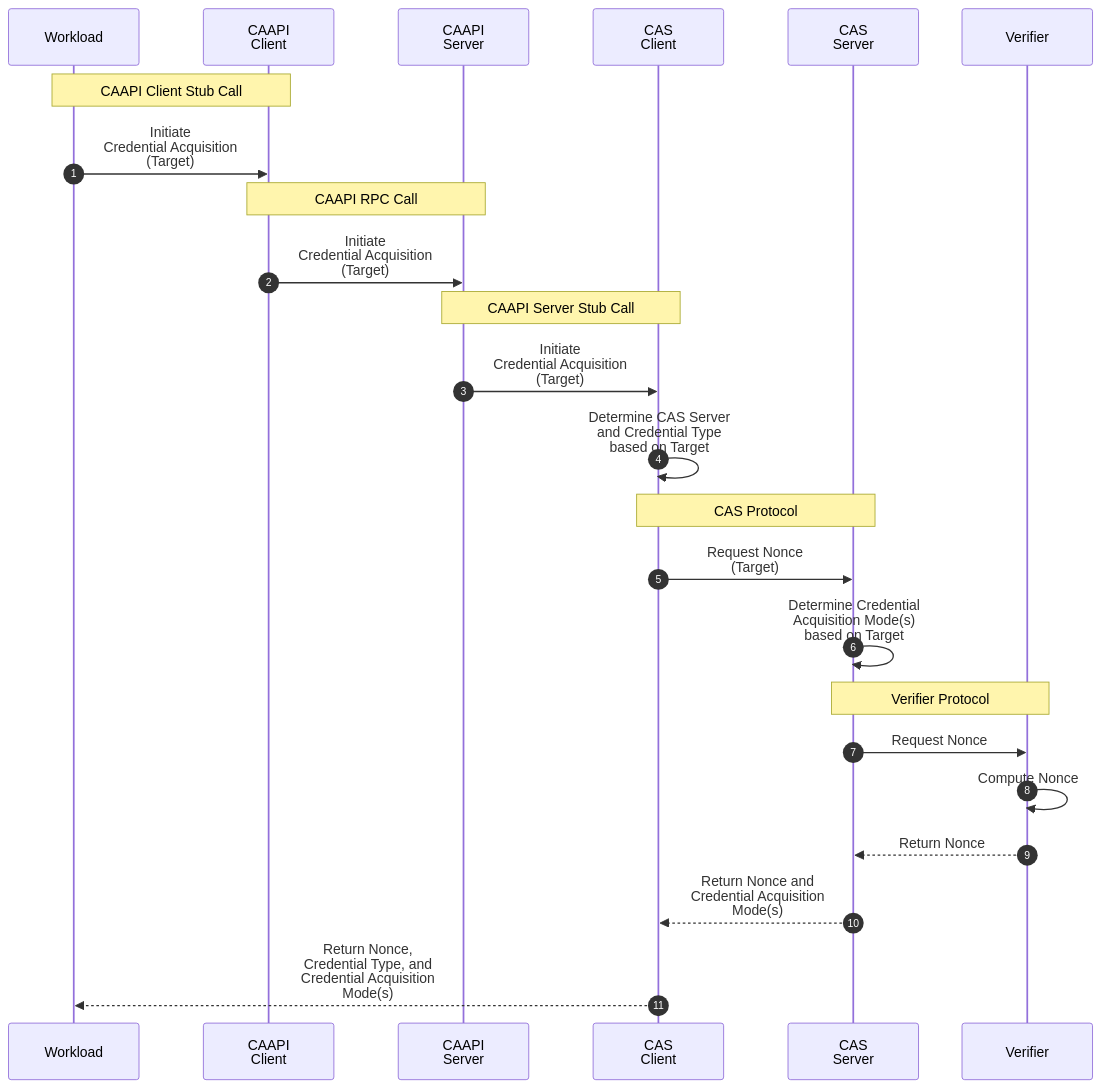
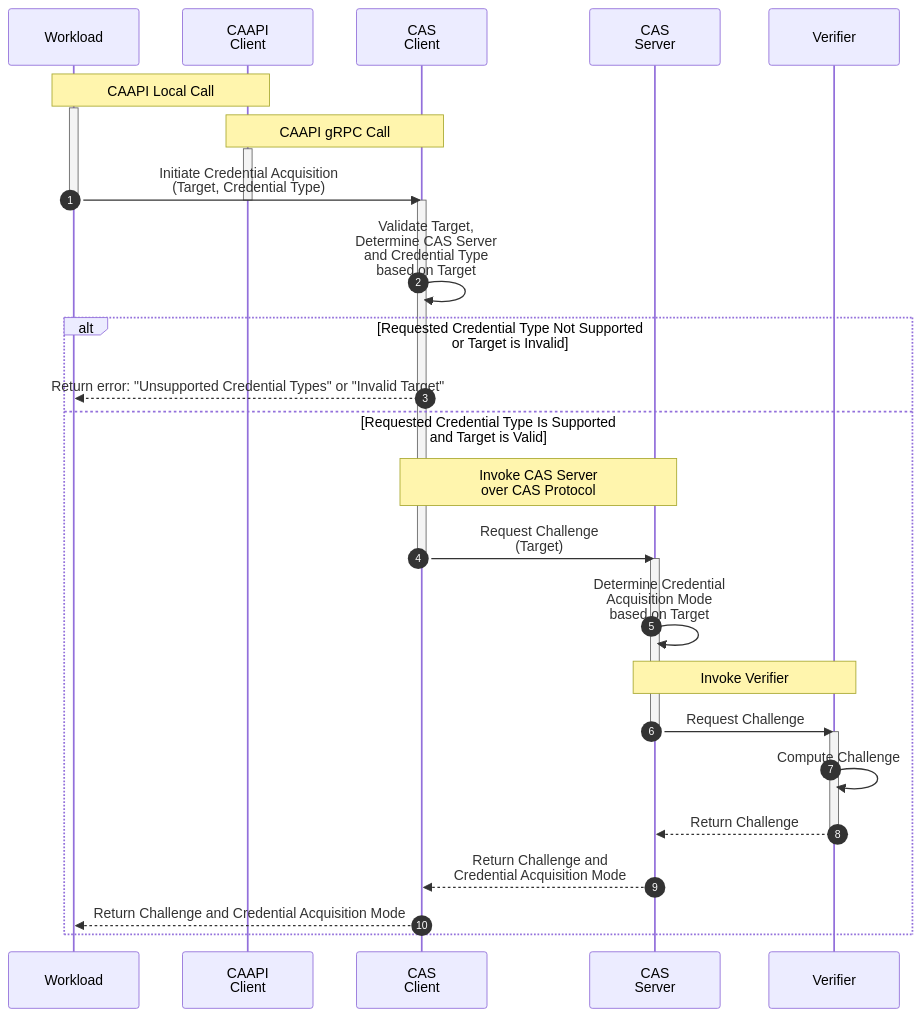
The diagram in proto/initiate.mmd (TWI-Unified-Model/tacra), drawn with Mermaid before and after one commit. The commit also changed other lines of this file and 4 other files, not shown here.

Commit message:
Updated CAAPI flowcharts

```diff
--- a/proto/initiate.mmd
+++ b/proto/initiate.mmd
@@ -1,28 +1,39 @@
-%% Initiating credential acquisition
-%% by requesting a nonce from the Verifier
+%% Initiating Credential Acquisition
+%% by requesting a challenge from the Verifier
+%% The "Workload" here may be the Attester's Credential Acquisition Interface
 sequenceDiagram
     participant W as Workload
     participant CAA_C as CAAPI<br/>Client
-    participant CAA_S as CAAPI<br/>Server
     participant CAS_C as CAS<br/>Client
     participant CAS_S as CAS<br/>Server
     participant V as Verifier
 
     autonumber
 
-    note over W, CAA_C: CAAPI Client Stub Call
-    W->>CAA_C: Initiate<br/>Credential Acquisition<br/>(Target)
-    note over CAA_C, CAA_S: CAAPI RPC Call
-    CAA_C->>CAA_S: Initiate<br/>Credential Acquisition<br/>(Target)
-    note over CAA_S, CAS_C: CAAPI Server Stub Call
-    CAA_S->>CAS_C: Initiate<br/>Credential Acquisition<br/>(Target)
-    CAS_C->>CAS_C: Determine CAS Server<br>and Credential Type<br/>based on Target
-    note over CAS_C, CAS_S: CAS Protocol
-    CAS_C->>CAS_S: Request Nonce<br/>(Target)
-    CAS_S->>CAS_S: Determine Credential<br/>Acquisition Mode(s)<br/>based on Target
-    note over CAS_S, V: Verifier Protocol
-    CAS_S->>V: Request Nonce
-    V->>V: Compute Nonce
-    V-->>CAS_S: Return Nonce
-    CAS_S-->>CAS_C: Return Nonce and<br/>Credential Acquisition<br/>Mode(s)
-    CAS_C-->>W: Return Nonce,<br/>Credential Type, and<br/>Credential Acquisition<br/>Mode(s)
+    note over W, CAA_C: CAAPI Local Call
+    activate W
+    note over CAA_C, CAS_C: CAAPI gRPC Call
+    activate CAA_C
+    W->>CAS_C: Initiate Credential Acquisition<br/>(Target, Credential Type)
+    deactivate CAA_C
+    deactivate W
+    activate CAS_C
+    CAS_C->>CAS_C: Validate Target,<br/>Determine CAS Server<br>and Credential Type<br/>based on Target
+    alt Requested Credential Type Not Supported<br/>or Target is Invalid
+        CAS_C-->>W: Return error: "Unsupported Credential Types" or "Invalid Target"
+    else Requested Credential Type Is Supported<br/>and Target is Valid
+        note over CAS_C, CAS_S: Invoke CAS Server<br/>over CAS Protocol
+        CAS_C->>CAS_S: Request Challenge<br/>(Target)
+        deactivate CAS_C
+        activate CAS_S
+        CAS_S->>CAS_S: Determine Credential<br/>Acquisition Mode<br/>based on Target
+        note over CAS_S, V: Invoke Verifier
+        CAS_S->>V: Request Challenge
+        deactivate CAS_S
+        activate V
+        V->>V: Compute Challenge
+        V-->>CAS_S: Return Challenge
+        deactivate V
+        CAS_S-->>CAS_C: Return Challenge and<br/>Credential Acquisition Mode
+        CAS_C-->>W: Return Challenge and Credential Acquisition Mode
+    end
```
